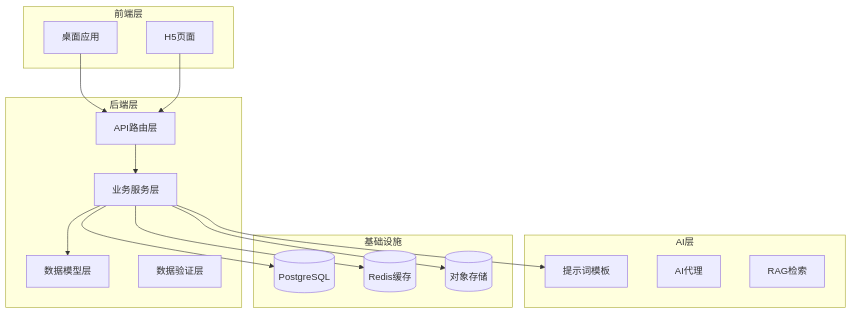
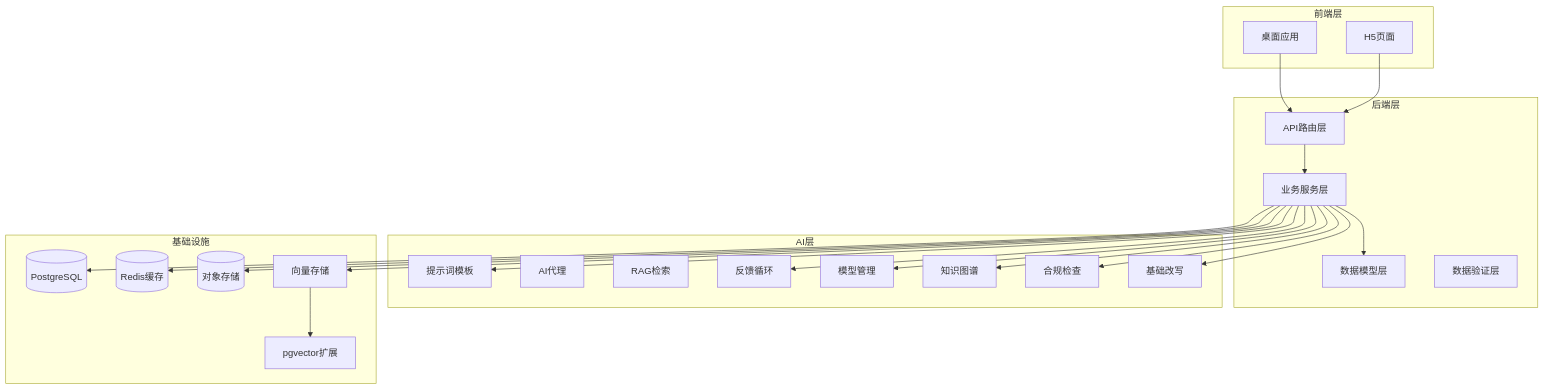
The first of 14 diagrams in .qoder/repowiki/zh/content/AI内容处理系统/MVP AI内容生成系统.md (dream-ze/AI_huoke-), drawn with Mermaid before and after one commit. The commit also changed other lines of this file and 220 other files, not shown here.

````diff
--- a/.qoder/repowiki/zh/content/AI内容处理系统/MVP AI内容生成系统.md
+++ b/.qoder/repowiki/zh/content/AI内容处理系统/MVP AI内容生成系统.md
@@ -42,31 +66,45 @@
 ```mermaid
 graph TB
 subgraph "前端层"
 Desktop[桌面应用]
 Mobile[H5页面]
 end
 subgraph "后端层"
 API[API路由层]
 Services[业务服务层]
 Models[数据模型层]
 Schemas[数据验证层]
 end
 subgraph "AI层"
 Prompts[提示词模板]
 Agents[AI代理]
 RAG[RAG检索]
+Feedback[反馈循环]
+ModelMgr[模型管理]
+KnowledgeGraph[知识图谱]
+Compliance[合规检查]
+BaseRewrite[基础改写]
 end
 subgraph "基础设施"
 Database[(PostgreSQL)]
 Redis[(Redis缓存)]
 Storage[(对象存储)]
+Vector[向量存储]
+PGVector[pgvector扩展]
 end
 Desktop --> API
 Mobile --> API
 API --> Services
 Services --> Models
 Services --> Prompts
+Services --> Feedback
+Services --> ModelMgr
+Services --> KnowledgeGraph
+Services --> Compliance
+Services --> BaseRewrite
 Services --> Database
 Services --> Redis
 Services --> Storage
+Services --> Vector
+Vector --> PGVector
 ```
````
